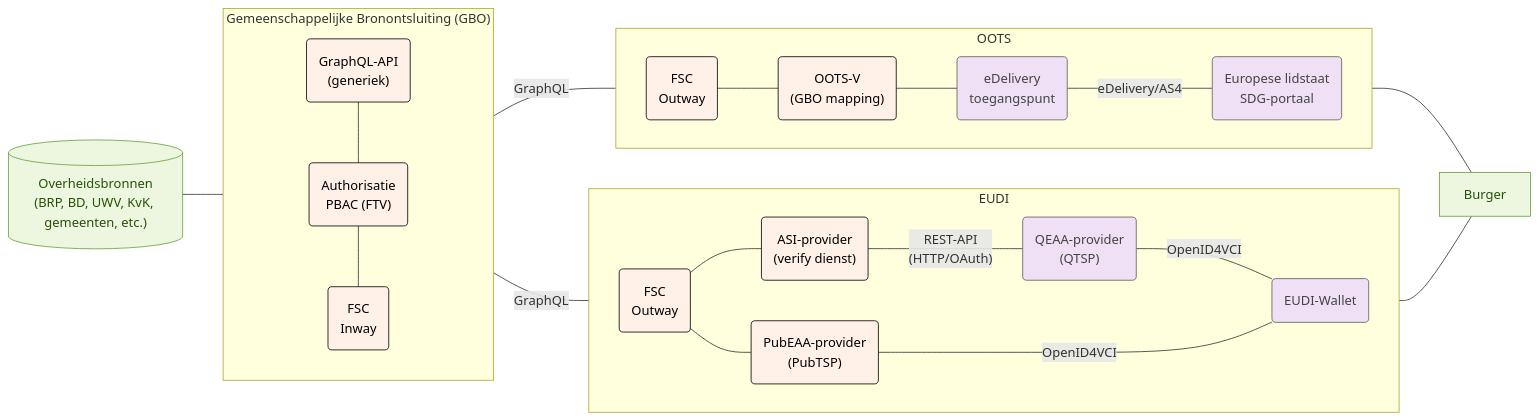
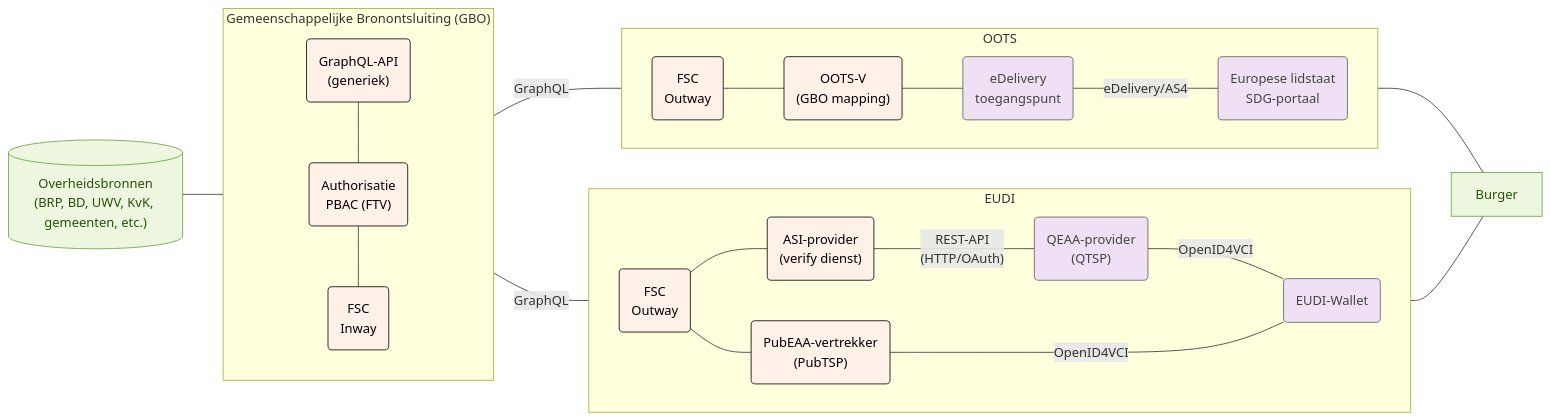
One commit to ICTU/GBO-PSA changed the diagram in docs/diagrammen/ubo_swimlanes_ubo_hackathon.mmd. Above: the diagram before and after it, drawn with Mermaid. The commit also changed 18 other files, not shown here.

```diff
--- a/docs/diagrammen/ubo_swimlanes_ubo_hackathon.mmd
+++ b/docs/diagrammen/ubo_swimlanes_ubo_hackathon.mmd
@@ -1,61 +1,61 @@
 flowchart LR
   subgraph gbo["Gemeenschappelijke Bronontsluiting (GBO)"]
     direction TB
         fsc_pap("Authorisatie<br>PBAC (FTV)")
         fsc("GraphQL-API<br/>(generiek)")
         fsc_inway("FSC<br/>Inway")
   end
   subgraph eudi["EUDI"]
     direction LR
         eudi_outway("FSC<br/>Outway")
         eudi_asi("ASI-provider<br/>(verify dienst)")
-        eudi_pubeaa("PubEAA-provider<br/>(PubTSP)")
+        eudi_pubeaa("PubEAA-vertrekker<br/>(PubTSP)")
         eudi_qeaa("QEAA-provider<br/>(QTSP)")
         eudi_wallet("EUDI-Wallet")
   end
   subgraph oots["OOTS"]
     direction LR
         oots_outway("FSC<br/>Outway")
         oots_adapter("OOTS-V<br/>(GBO mapping)")
         oots_basis("eDelivery<br/>toegangspunt")
         oots_afnemer("Europese lidstaat<br/>SDG-portaal")
   end
 
 
   fsc ---fsc_pap---fsc_inway
   bron[("Overheidsbronnen<br/>(BRP, BD, UWV, KvK, gemeenten, etc.)")]  --- fsc
   eudi_asi -- REST-API<br/>(HTTP/OAuth) --- eudi_qeaa
   eudi_qeaa -- OpenID4VCI --- eudi_wallet
   fsc_inway -- GraphQL --- oots_outway & eudi_outway
   eudi_outway--- eudi_pubeaa -- OpenID4VCI ---- eudi_wallet
   eudi_outway--- eudi_asi
   oots_outway --- oots_adapter --- oots_basis
   oots_basis -- eDelivery/AS4 --- oots_afnemer
 
   eudi_wallet --- burger["Burger"]
   oots_afnemer --- burger
 
 
   fsc_pap:::gbo
   fsc:::gbo
   fsc_inway:::gbo
   eudi_asi:::gbo
   eudi_outway:::gbo
   eudi_pubeaa:::gbo
   eudi_qeaa:::eudi
   eudi_wallet:::eudi
   oots_adapter:::gbo
   oots_outway:::gbo
   oots_basis:::oots
   oots_afnemer:::oots
  
   bron:::bron
   burger:::burger
 
   classDef bron fill:#edf7df,stroke:#6aa13a,color:#27500a
   classDef generiek fill:#f1efe8,stroke:#5f5e5a,color:#444441
   classDef eudi fill:#efe0f5,stroke:#5f5e5a,color:#444441
   classDef oots fill:#efe0f5,stroke:#5f5e5a,color:#444441
   classDef dvtp fill:#f1efe8,stroke:#5f5e5a,color:#444441
   classDef gbo fill:#fff0e8,stroke:#000000,color:#000000
   classDef burger fill:#edf7df,stroke:#6aa13a,color:#27500a
```
